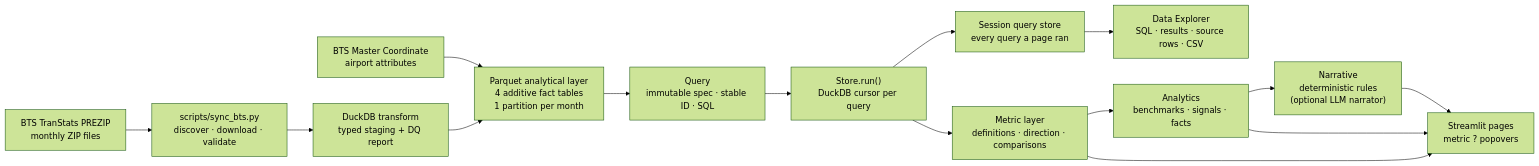
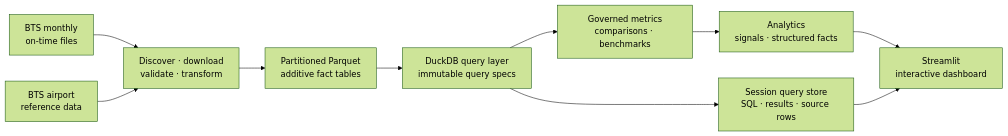
Before and after one commit to jameskbb/airline-ops: the diagram in README.md, drawn with Mermaid (forest theme). The commit also changed other lines of this file and 9 other files, not shown here.

````diff
--- a/README.md
+++ b/README.md
@@ -69,17 +96,12 @@
 ```mermaid
 flowchart LR
-    A["BTS TranStats PREZIP<br/>monthly ZIP files"] --> B["scripts/sync_bts.py<br/>discover · download · validate"]
-    M["BTS Master Coordinate<br/>airport attributes"] --> D
-    B --> C["DuckDB transform<br/>typed staging + DQ report"]
-    C --> D["Parquet analytical layer<br/>4 additive fact tables<br/>1 partition per month"]
-    D --> E["Query<br/>immutable spec · stable ID · SQL"]
-    E --> Q["Store.run()<br/>DuckDB cursor per query"]
-    Q --> S["Session query store<br/>every query a page ran"]
-    Q --> F["Metric layer<br/>definitions · direction · comparisons"]
-    F --> G["Analytics<br/>benchmarks · signals · facts"]
-    G --> H["Narrative<br/>deterministic rules<br/>(optional LLM narrator)"]
-    F --> I["Streamlit pages<br/>metric ? popovers"]
-    G --> I
-    H --> I
-    S --> X["Data Explorer<br/>SQL · results · source rows · CSV"]
+    A["BTS monthly<br/>on-time files"] --> B["Discover · download<br/>validate · transform"]
+    R["BTS airport<br/>reference data"] --> B
+    B --> C["Partitioned Parquet<br/>additive fact tables"]
+    C --> D["DuckDB query layer<br/>immutable query specs"]
+    D --> E["Governed metrics<br/>comparisons · benchmarks"]
+    E --> F["Analytics<br/>signals · structured facts"]
+    F --> G["Streamlit<br/>interactive dashboard"]
+    D --> H["Session query store<br/>SQL · results · source rows"]
+    H --> G
 ```
````
